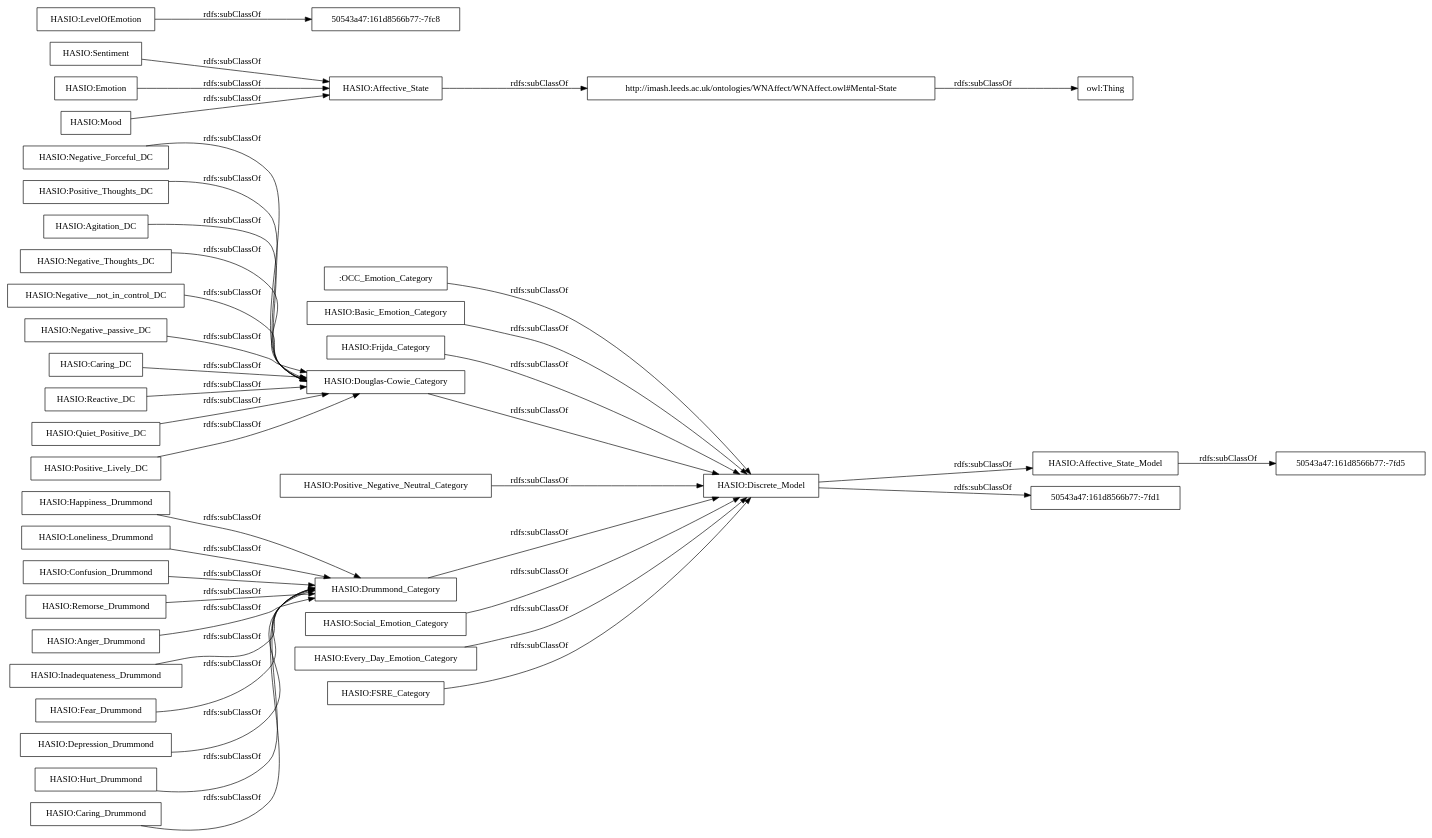
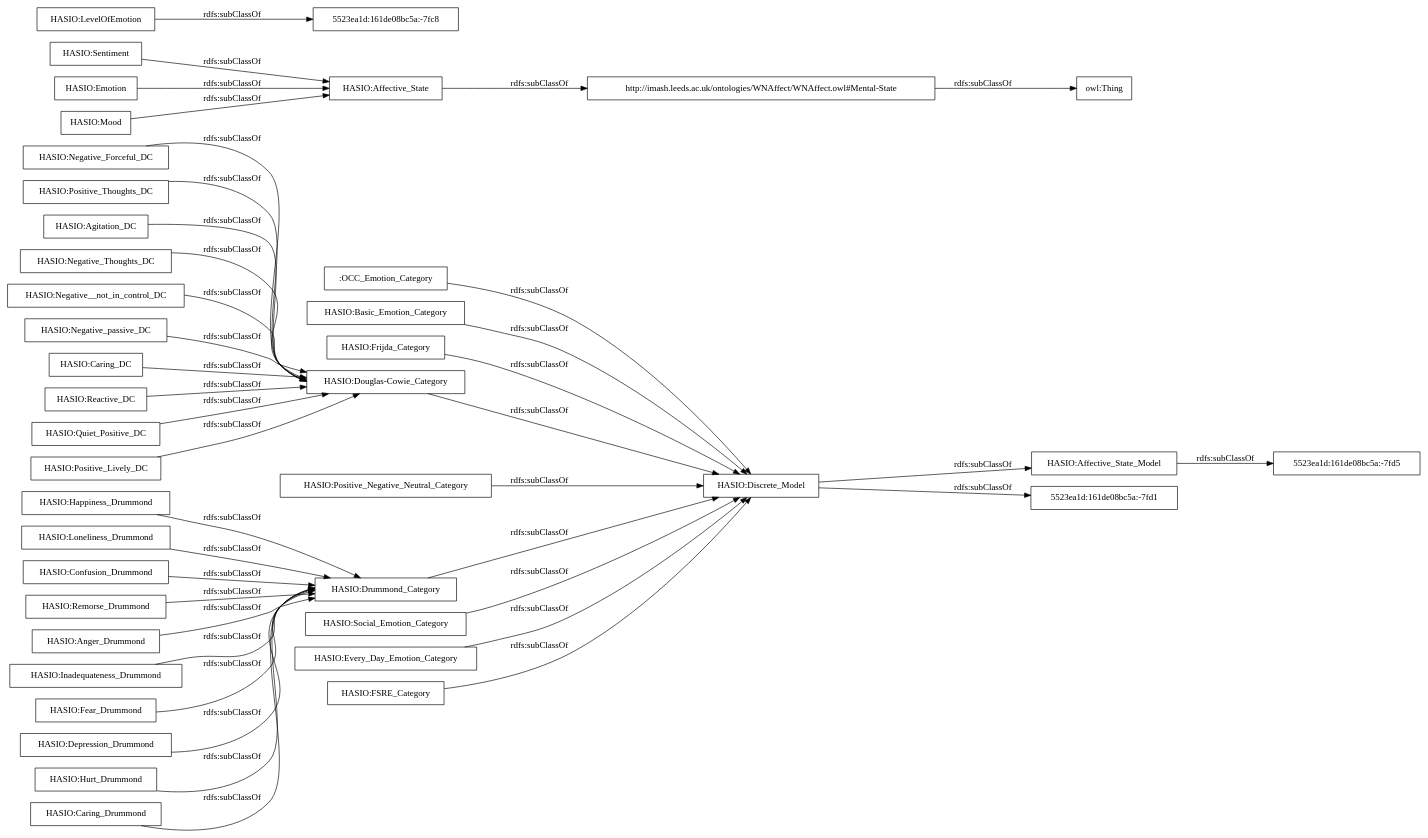
One commit to rana-othman/HASIO-Modularization changed the diagram in OnToology/Affective_States_Discrete_Model_Module.owl/diagrams/ar2dtool-taxonomy/Affective_States_Discrete_Model_Module.owl.png.dot. Above: the diagram before and after it, drawn with Graphviz. The commit also changed 72 other files, not shown here.

```diff
--- a/OnToology/Affective_States_Discrete_Model_Module.owl/diagrams/ar2dtool-taxonomy/Affective_States_Discrete_Model_Module.owl.png.dot
+++ b/OnToology/Affective_States_Discrete_Model_Module.owl/diagrams/ar2dtool-taxonomy/Affective_States_Discrete_Model_Module.owl.png.dot
@@ -1,44 +1,44 @@
 digraph ar2dtool_diagram { 
 rankdir=LR;
 size="1000"
-node [shape = rectangle, color="black"]; ":OCC_Emotion_Category" "HASIO:Happiness_Drummond" "HASIO:Basic_Emotion_Category" "HASIO:Negative_Forceful_DC" "HASIO:Affective_State_Model" "HASIO:Loneliness_Drummond" "HASIO:Positive_Thoughts_DC" "HASIO:Sentiment" "HASIO:Agitation_DC" "HASIO:Emotion" "HASIO:Affective_State" "HASIO:LevelOfEmotion" "http://imash.leeds.ac.uk/ontologies/WNAffect/WNAffect.owl#Mental-State" "50543a47:161d8566b77:-7fd5" "HASIO:Confusion_Drummond" "HASIO:Mood" "HASIO:Frijda_Category" "HASIO:Douglas-Cowie_Category" "HASIO:Remorse_Drummond" "HASIO:Anger_Drummond" "HASIO:Inadequateness_Drummond" "HASIO:Negative_Thoughts_DC" "HASIO:Negative__not_in_control_DC" "HASIO:Fear_Drummond" "50543a47:161d8566b77:-7fd1" "HASIO:Positive_Negative_Neutral_Category" "50543a47:161d8566b77:-7fc8" "HASIO:Depression_Drummond" "HASIO:Drummond_Category" "HASIO:Hurt_Drummond" "HASIO:Social_Emotion_Category" "HASIO:Negative_passive_DC" "HASIO:Caring_DC" "HASIO:Caring_Drummond" "HASIO:Reactive_DC" "HASIO:Quiet_Positive_DC" "HASIO:Every_Day_Emotion_Category" "HASIO:Discrete_Model" "HASIO:Positive_Lively_DC" "HASIO:FSRE_Category" ; /*classes style*/
+node [shape = rectangle, color="black"]; ":OCC_Emotion_Category" "HASIO:Happiness_Drummond" "HASIO:Basic_Emotion_Category" "HASIO:Negative_Forceful_DC" "HASIO:Affective_State_Model" "HASIO:Loneliness_Drummond" "HASIO:Positive_Thoughts_DC" "HASIO:Sentiment" "HASIO:Agitation_DC" "HASIO:Emotion" "HASIO:Affective_State" "HASIO:LevelOfEmotion" "http://imash.leeds.ac.uk/ontologies/WNAffect/WNAffect.owl#Mental-State" "HASIO:Confusion_Drummond" "HASIO:Mood" "HASIO:Frijda_Category" "HASIO:Douglas-Cowie_Category" "HASIO:Remorse_Drummond" "HASIO:Anger_Drummond" "HASIO:Inadequateness_Drummond" "HASIO:Negative_Thoughts_DC" "HASIO:Negative__not_in_control_DC" "HASIO:Fear_Drummond" "HASIO:Positive_Negative_Neutral_Category" "HASIO:Depression_Drummond" "HASIO:Drummond_Category" "HASIO:Hurt_Drummond" "HASIO:Social_Emotion_Category" "HASIO:Negative_passive_DC" "HASIO:Caring_DC" "5523ea1d:161de08bc5a:-7fd1" "HASIO:Caring_Drummond" "HASIO:Reactive_DC" "HASIO:Quiet_Positive_DC" "HASIO:Every_Day_Emotion_Category" "HASIO:Discrete_Model" "HASIO:Positive_Lively_DC" "HASIO:FSRE_Category" "5523ea1d:161de08bc5a:-7fc8" "5523ea1d:161de08bc5a:-7fd5" ; /*classes style*/
 	"HASIO:Positive_Negative_Neutral_Category" -> "HASIO:Discrete_Model" [ label = "rdfs:subClassOf" ];
 	"HASIO:Loneliness_Drummond" -> "HASIO:Drummond_Category" [ label = "rdfs:subClassOf" ];
 	"HASIO:Anger_Drummond" -> "HASIO:Drummond_Category" [ label = "rdfs:subClassOf" ];
 	"HASIO:Every_Day_Emotion_Category" -> "HASIO:Discrete_Model" [ label = "rdfs:subClassOf" ];
 	"HASIO:Negative__not_in_control_DC" -> "HASIO:Douglas-Cowie_Category" [ label = "rdfs:subClassOf" ];
 	"HASIO:Negative_Forceful_DC" -> "HASIO:Douglas-Cowie_Category" [ label = "rdfs:subClassOf" ];
 	"HASIO:Basic_Emotion_Category" -> "HASIO:Discrete_Model" [ label = "rdfs:subClassOf" ];
 	"HASIO:Emotion" -> "HASIO:Affective_State" [ label = "rdfs:subClassOf" ];
 	"HASIO:Social_Emotion_Category" -> "HASIO:Discrete_Model" [ label = "rdfs:subClassOf" ];
 	"http://imash.leeds.ac.uk/ontologies/WNAffect/WNAffect.owl#Mental-State" -> "owl:Thing" [ label = "rdfs:subClassOf" ];
-	"HASIO:Discrete_Model" -> "50543a47:161d8566b77:-7fd1" [ label = "rdfs:subClassOf" ];
+	"HASIO:Discrete_Model" -> "5523ea1d:161de08bc5a:-7fd1" [ label = "rdfs:subClassOf" ];
 	"HASIO:Discrete_Model" -> "HASIO:Affective_State_Model" [ label = "rdfs:subClassOf" ];
 	"HASIO:Frijda_Category" -> "HASIO:Discrete_Model" [ label = "rdfs:subClassOf" ];
 	"HASIO:Reactive_DC" -> "HASIO:Douglas-Cowie_Category" [ label = "rdfs:subClassOf" ];
 	"HASIO:Quiet_Positive_DC" -> "HASIO:Douglas-Cowie_Category" [ label = "rdfs:subClassOf" ];
 	"HASIO:Hurt_Drummond" -> "HASIO:Drummond_Category" [ label = "rdfs:subClassOf" ];
 	"HASIO:Depression_Drummond" -> "HASIO:Drummond_Category" [ label = "rdfs:subClassOf" ];
 	"HASIO:Sentiment" -> "HASIO:Affective_State" [ label = "rdfs:subClassOf" ];
 	"HASIO:Inadequateness_Drummond" -> "HASIO:Drummond_Category" [ label = "rdfs:subClassOf" ];
 	"HASIO:Douglas-Cowie_Category" -> "HASIO:Discrete_Model" [ label = "rdfs:subClassOf" ];
 	"HASIO:Caring_DC" -> "HASIO:Douglas-Cowie_Category" [ label = "rdfs:subClassOf" ];
 	"HASIO:Positive_Lively_DC" -> "HASIO:Douglas-Cowie_Category" [ label = "rdfs:subClassOf" ];
 	"HASIO:Affective_State" -> "http://imash.leeds.ac.uk/ontologies/WNAffect/WNAffect.owl#Mental-State" [ label = "rdfs:subClassOf" ];
 	"HASIO:Caring_Drummond" -> "HASIO:Drummond_Category" [ label = "rdfs:subClassOf" ];
 	":OCC_Emotion_Category" -> "HASIO:Discrete_Model" [ label = "rdfs:subClassOf" ];
 	"HASIO:Happiness_Drummond" -> "HASIO:Drummond_Category" [ label = "rdfs:subClassOf" ];
-	"HASIO:LevelOfEmotion" -> "50543a47:161d8566b77:-7fc8" [ label = "rdfs:subClassOf" ];
+	"HASIO:LevelOfEmotion" -> "5523ea1d:161de08bc5a:-7fc8" [ label = "rdfs:subClassOf" ];
 	"HASIO:Confusion_Drummond" -> "HASIO:Drummond_Category" [ label = "rdfs:subClassOf" ];
-	"HASIO:Affective_State_Model" -> "50543a47:161d8566b77:-7fd5" [ label = "rdfs:subClassOf" ];
+	"HASIO:Affective_State_Model" -> "5523ea1d:161de08bc5a:-7fd5" [ label = "rdfs:subClassOf" ];
 	"HASIO:Negative_passive_DC" -> "HASIO:Douglas-Cowie_Category" [ label = "rdfs:subClassOf" ];
 	"HASIO:Positive_Thoughts_DC" -> "HASIO:Douglas-Cowie_Category" [ label = "rdfs:subClassOf" ];
 	"HASIO:FSRE_Category" -> "HASIO:Discrete_Model" [ label = "rdfs:subClassOf" ];
 	"HASIO:Fear_Drummond" -> "HASIO:Drummond_Category" [ label = "rdfs:subClassOf" ];
 	"HASIO:Mood" -> "HASIO:Affective_State" [ label = "rdfs:subClassOf" ];
 	"HASIO:Remorse_Drummond" -> "HASIO:Drummond_Category" [ label = "rdfs:subClassOf" ];
 	"HASIO:Agitation_DC" -> "HASIO:Douglas-Cowie_Category" [ label = "rdfs:subClassOf" ];
 	"HASIO:Drummond_Category" -> "HASIO:Discrete_Model" [ label = "rdfs:subClassOf" ];
 	"HASIO:Negative_Thoughts_DC" -> "HASIO:Douglas-Cowie_Category" [ label = "rdfs:subClassOf" ];
 
 }
```
